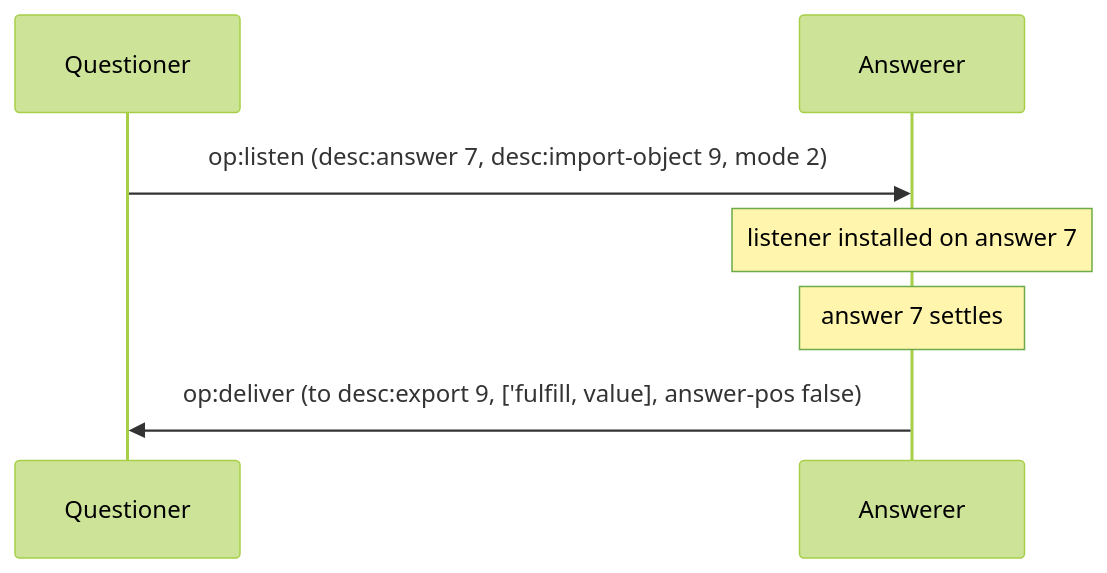
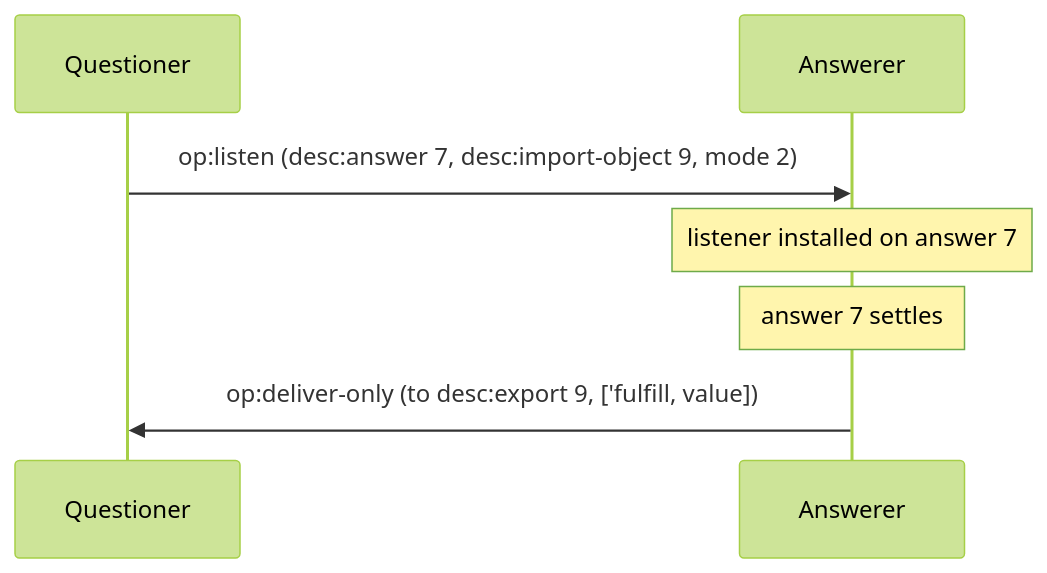
One commit to glowcap-org/glowcap changed the fifth of 7 diagrams in docs/protocol-diagrams/03-promises-and-pipelining.md. Above: the diagram before and after it, drawn with Mermaid (forest theme). The commit also changed other lines of this file and 371 other files, not shown here.

````diff
--- a/docs/protocol-diagrams/03-promises-and-pipelining.md
+++ b/docs/protocol-diagrams/03-promises-and-pipelining.md
@@ -96,9 +93,9 @@
 ```mermaid
 sequenceDiagram
     participant Q as Questioner
     participant R as Answerer
     Q->>R: op:listen (desc:answer 7, desc:import-object 9, mode 2)
     Note over R: listener installed on answer 7
     Note over R: answer 7 settles
-    R->>Q: op:deliver (to desc:export 9, ['fulfill, value], answer-pos false)
+    R->>Q: op:deliver-only (to desc:export 9, ['fulfill, value])
 ```
````
